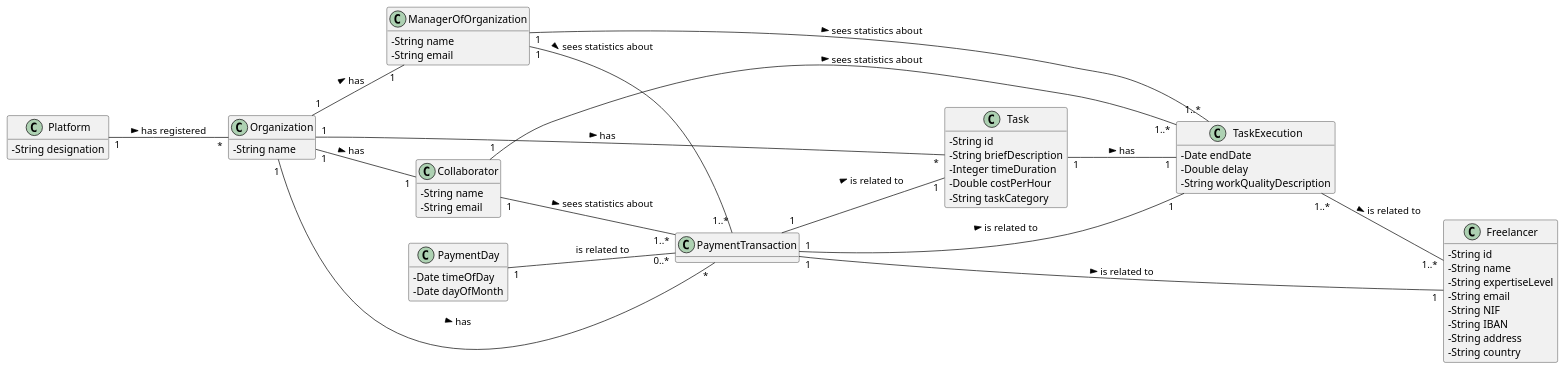
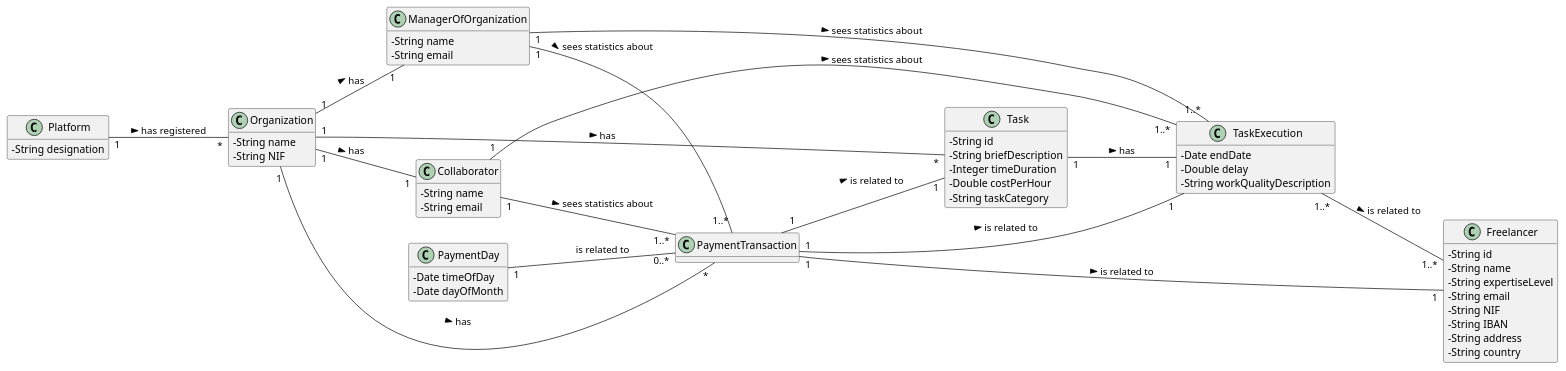
Before and after one commit to pedrolemos4/LAPR2: the diagram in docs/UC8 - Analyze freelancer statistics/UC8_MD.puml, drawn with PlantUML. The commit also changed 1 other file, not shown here.

```diff
--- a/docs/UC8 - Analyze freelancer statistics/UC8_MD.puml
+++ b/docs/UC8 - Analyze freelancer statistics/UC8_MD.puml
@@ -1,81 +1,82 @@
 @startuml
 skinparam classAttributeIconSize 0
 hide methods
 left to right direction
 
 class Platform {
   -String designation
 }
 
 class Organization {
   -String name
+  -String NIF
 }
 
 class Collaborator {
   -String name
   -String email
 }
 
 
 class Freelancer {
   -String id
   -String name
   -String expertiseLevel
   -String email
   -String NIF
   -String IBAN
   -String address
   -String country
   }
 
 class Task {
  -String id
  -String briefDescription
  -Integer timeDuration
  -Double costPerHour
  -String taskCategory
 }
 
 class TaskExecution {
  -Date endDate
  -Double delay
  -String workQualityDescription
 }
 
 class PaymentTransaction{
 }
 
 class ManagerOfOrganization {
   -String name
   -String email
 }
 
 class PaymentDay {
   -Date timeOfDay
   -Date dayOfMonth
 }
 
 Platform "1" -- "*" Organization : has registered >
 
 Organization "1" -- "1" ManagerOfOrganization : has >
 Organization "1" -- "1" Collaborator: has >
 Organization "1" -- "*" Task: has >
 Organization "1" -- "*" PaymentTransaction: has >
 
 Collaborator "1" -- "1..*" PaymentTransaction: sees statistics about >
 Collaborator "1" -- "1..*" TaskExecution : sees statistics about >
 
 ManagerOfOrganization "1" -- "1..*" PaymentTransaction: sees statistics about >
 ManagerOfOrganization "1" -- "1..*" TaskExecution : sees statistics about >
 
 PaymentTransaction "1" -- "1" Freelancer: is related to >
 PaymentTransaction "1" -- "1" Task: is related to >
 PaymentTransaction "1" -- "1" TaskExecution: is related to >
 
 TaskExecution "1..*" -- "1..*" Freelancer : is related to >
 
 Task "1" -- "1" TaskExecution: has >
 
 PaymentDay "1" -- "0..*" PaymentTransaction : is related to
 
 @enduml
```
